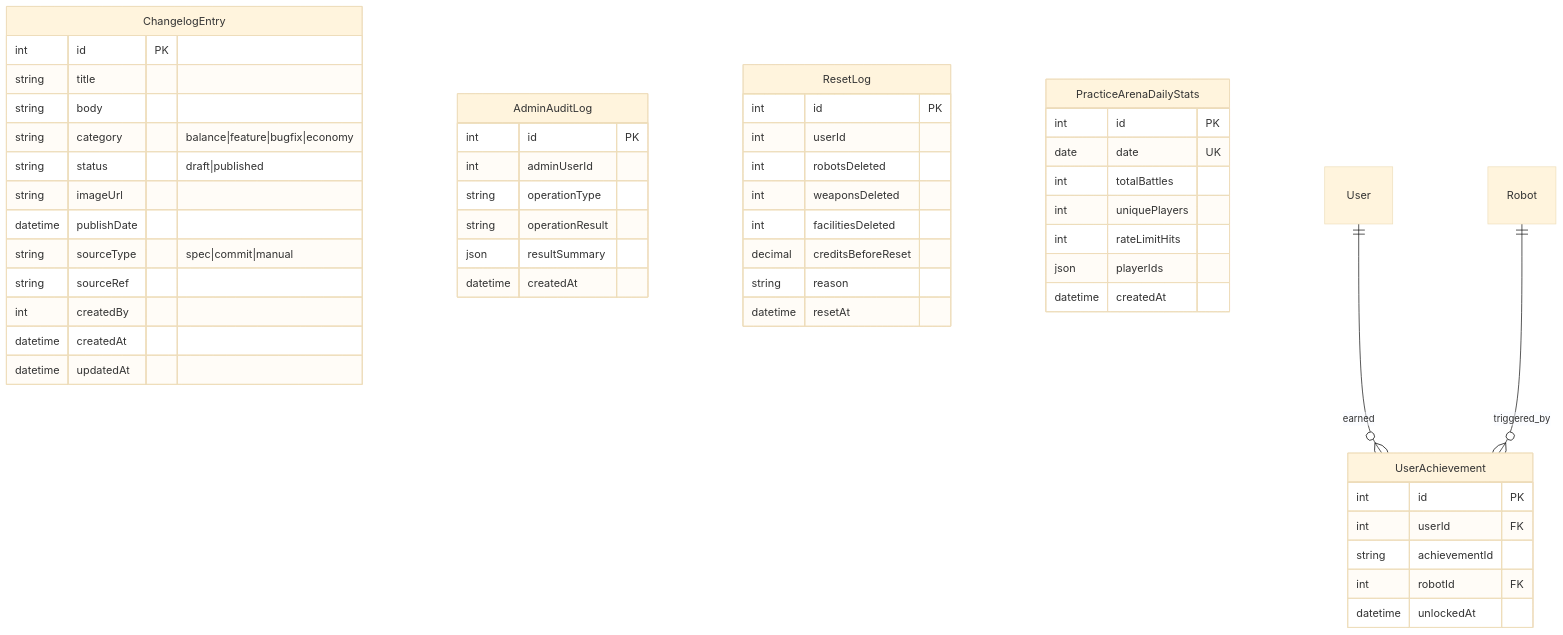
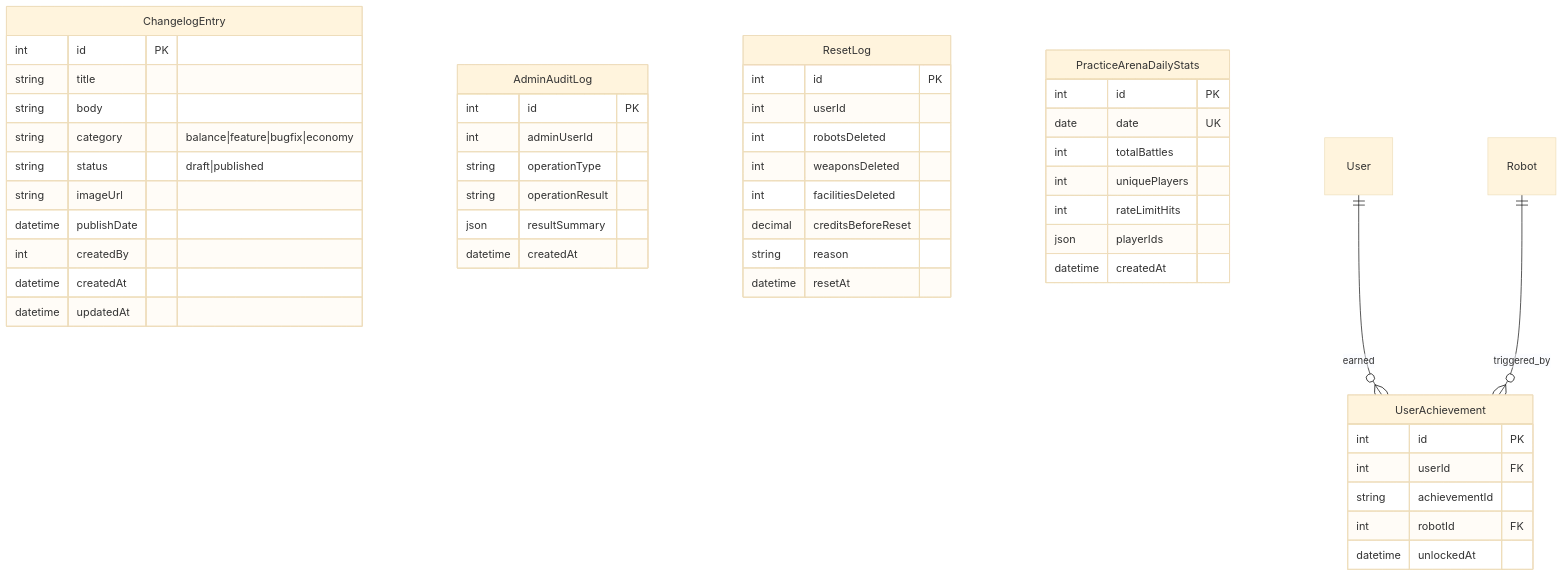
One commit to RobertTeunissen/ArmouredSouls changed diagram 18 of 21 in docs/architecture/diagrams.md. Above: the diagram before and after it, drawn with Mermaid (base theme). The commit also changed 197 other files, not shown here.

````diff
--- a/docs/architecture/diagrams.md
+++ b/docs/architecture/diagrams.md
@@ -828,58 +828,56 @@
 ```mermaid
 erDiagram
     UserAchievement {
         int id PK
         int userId FK
         string achievementId
         int robotId FK
         datetime unlockedAt
     }
 
     ChangelogEntry {
         int id PK
         string title
         string body
         string category "balance|feature|bugfix|economy"
         string status "draft|published"
         string imageUrl
         datetime publishDate
-        string sourceType "spec|commit|manual"
-        string sourceRef
         int createdBy
         datetime createdAt
         datetime updatedAt
     }
 
     AdminAuditLog {
         int id PK
         int adminUserId
         string operationType
         string operationResult
         json resultSummary
         datetime createdAt
     }
 
     ResetLog {
         int id PK
         int userId
         int robotsDeleted
         int weaponsDeleted
         int facilitiesDeleted
         decimal creditsBeforeReset
         string reason
         datetime resetAt
     }
 
     PracticeArenaDailyStats {
         int id PK
         date date UK
         int totalBattles
         int uniquePlayers
         int rateLimitHits
         json playerIds
         datetime createdAt
     }
 
     User ||--o{ UserAchievement : "earned"
     Robot ||--o{ UserAchievement : "triggered_by"
 ```
````
